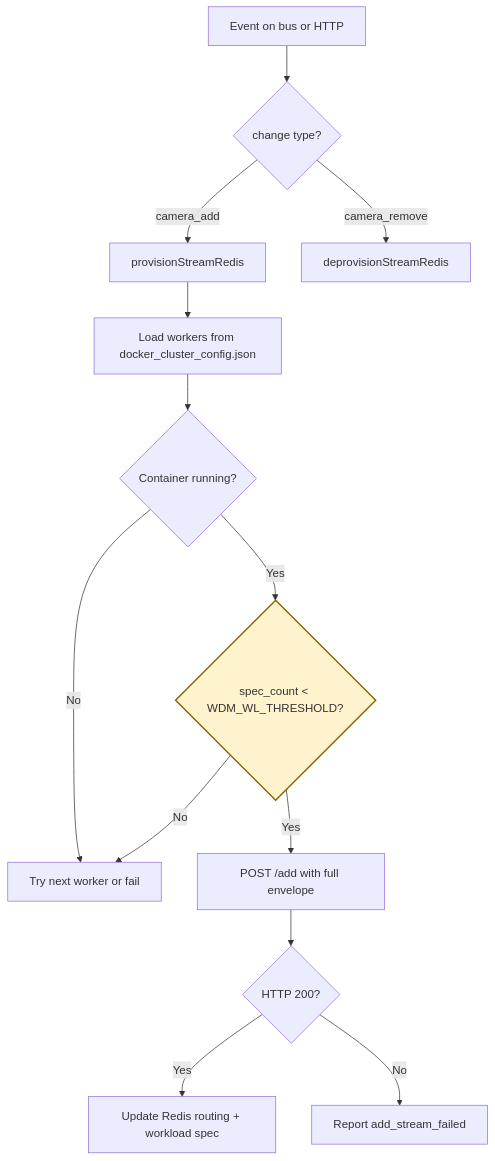
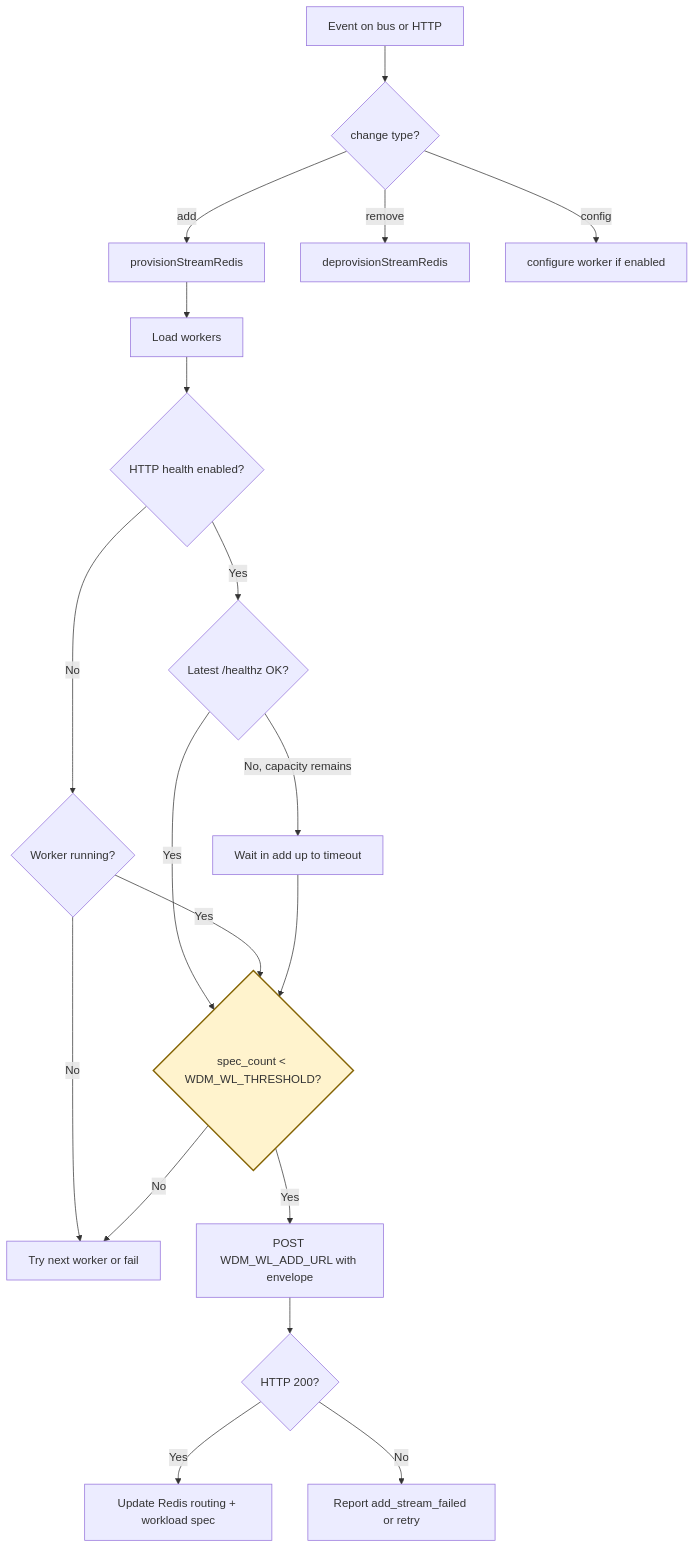
One commit to NVIDIA-AI-Blueprints/video-search-and-summarization changed the first of 3 diagrams in docs/sdrc.mdx. Above: the diagram before and after it, drawn with Mermaid. The commit also changed other lines of this file, not shown here.

````diff
--- a/docs/sdrc.mdx
+++ b/docs/sdrc.mdx
@@ -206,17 +212,23 @@
 ```mermaid
 flowchart TD
   A[Event on bus or HTTP] --> B{change type?}
-  B -->|camera_add| C[provisionStreamRedis]
-  B -->|camera_remove| D[deprovisionStreamRedis]
-  C --> E[Load workers from docker_cluster_config.json]
-  E --> R{Container running?}
-  R -->|No| K[Try next worker or fail]
+  B -->|add| C[provisionStreamRedis]
+  B -->|remove| D[deprovisionStreamRedis]
+  B -->|config| CFG[configure worker if enabled]
+  C --> E[Load workers]
+  E --> H{HTTP health enabled?}
+  H -->|Yes| R{Latest /healthz OK?}
+  H -->|No| RUN{Worker running?}
+  R -->|No, capacity remains| W[Wait in add up to timeout]
   R -->|Yes| F{"spec_count < WDM_WL_THRESHOLD?"}
-  F -->|Yes| G[POST /add with full envelope]
+  RUN -->|No| K[Try next worker or fail]
+  RUN -->|Yes| F
+  W --> F
+  F -->|Yes| G[POST WDM_WL_ADD_URL with envelope]
   F -->|No| K
-  G --> H{HTTP 200?}
-  H -->|Yes| I[Update Redis routing + workload spec]
-  H -->|No| J[Report add_stream_failed]
+  G --> I{HTTP 200?}
+  I -->|Yes| J[Update Redis routing + workload spec]
+  I -->|No| L[Report add_stream_failed or retry]
   classDef threshold fill:#fff3cd,stroke:#856404,stroke-width:2px
   class F threshold
 ```
````
